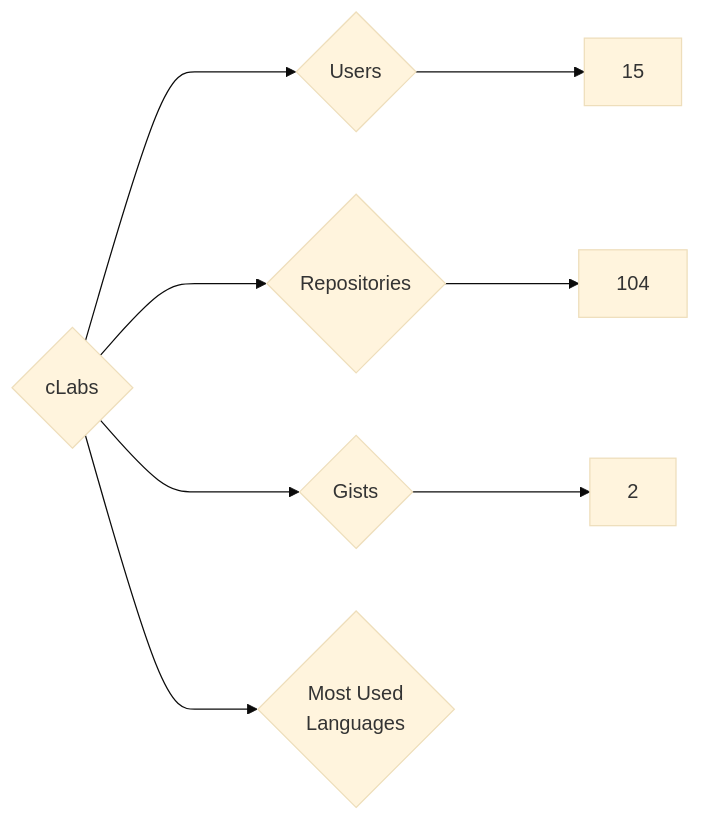
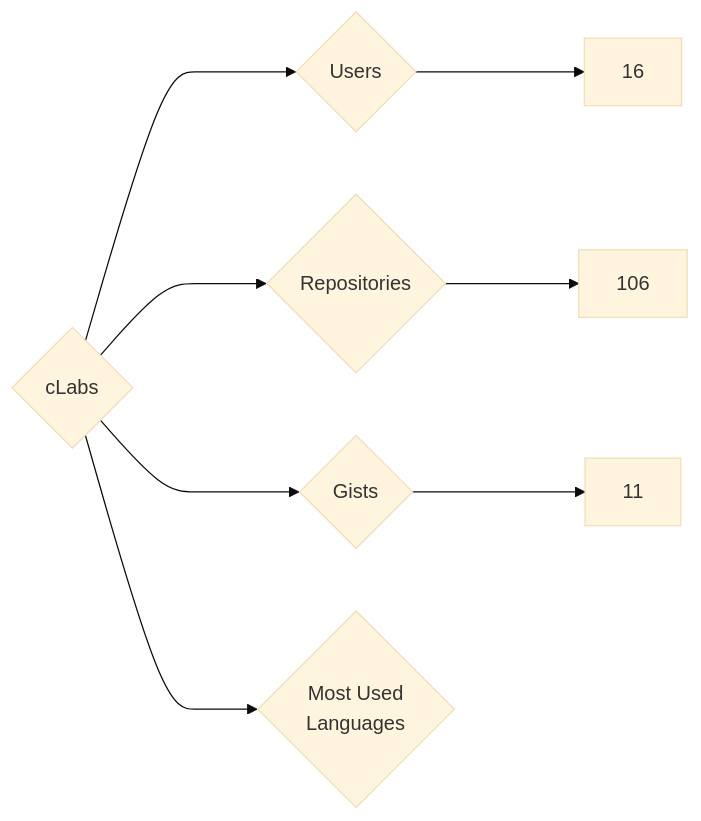
Before and after one commit to nenadzaric/insiders: the diagram in targets/cLabs/README.md, drawn with Mermaid (base theme). The commit also changed 1342 other files, not shown here.

````diff
--- a/targets/cLabs/README.md
+++ b/targets/cLabs/README.md
@@ -3,8 +3,8 @@
 ```mermaid
 graph LR
 COMPANY_NAME{cLabs}
-COMPANY_NAME ---> U{Users} ---> UN[15]
-COMPANY_NAME ---> R{Repositories} ---> RN[104]
-COMPANY_NAME ---> G{Gists} ---> GN[2]
+COMPANY_NAME ---> U{Users} ---> UN[16]
+COMPANY_NAME ---> R{Repositories} ---> RN[106]
+COMPANY_NAME ---> G{Gists} ---> GN[11]
 COMPANY_NAME ---> ML{Most Used<br>Languages}
 ```
````
